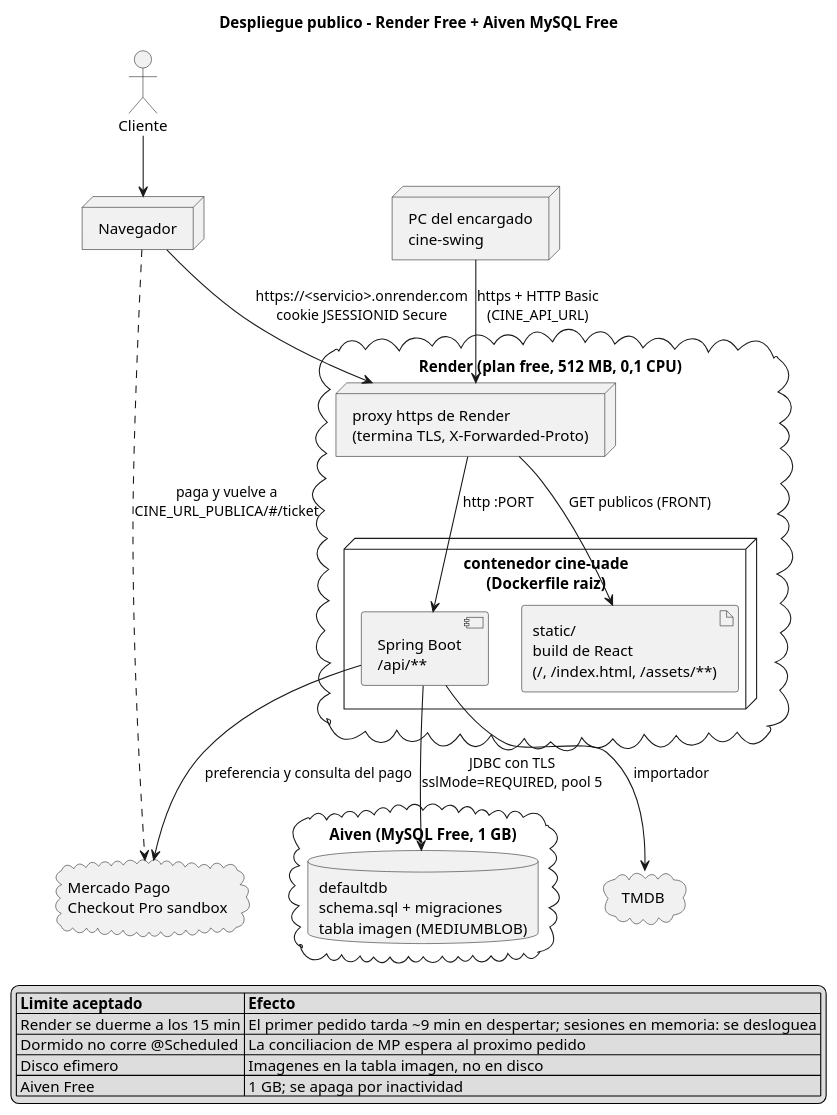
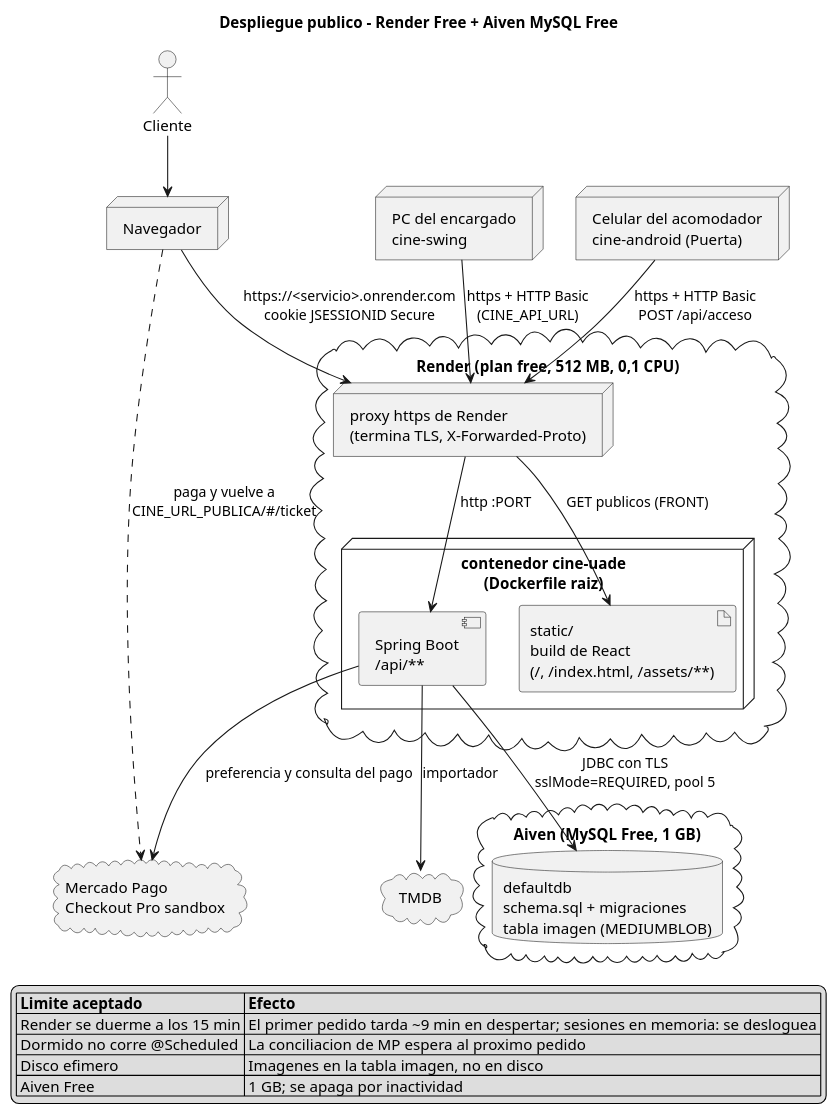
The diagram in _other/docs/diagramas/despliegue-render.puml (andreiveisuade/cine-uade), drawn with PlantUML before and after one commit. The commit also changed 3 other files, not shown here.

Commit message:
docs(diagramas): despliegue con la puerta en android como tercer cliente

```diff
--- a/_other/docs/diagramas/despliegue-render.puml
+++ b/_other/docs/diagramas/despliegue-render.puml
@@ -1,44 +1,46 @@
 @startuml despliegue-render
 title Despliegue publico - Render Free + Aiven MySQL Free
 
 skinparam nodesep 30
 skinparam ranksep 45
 
 actor "Cliente" as cliente
 node "Navegador" as web
 node "PC del encargado\ncine-swing" as swing
+node "Celular del acomodador\ncine-android (Puerta)" as android
 
 cloud "Render (plan free, 512 MB, 0,1 CPU)" {
   node "proxy https de Render\n(termina TLS, X-Forwarded-Proto)" as proxy
   node "contenedor cine-uade\n(Dockerfile raiz)" {
     component "Spring Boot\n/api/**" as api
     artifact "static/\nbuild de React\n(/, /index.html, /assets/**)" as front
   }
 }
 
 cloud "Aiven (MySQL Free, 1 GB)" {
   database "defaultdb\nschema.sql + migraciones\ntabla imagen (MEDIUMBLOB)" as aiven
 }
 
 cloud "Mercado Pago\nCheckout Pro sandbox" as mp
 cloud "TMDB" as tmdb
 
 cliente --> web
 web --> proxy : "https://<servicio>.onrender.com\ncookie JSESSIONID Secure"
 swing --> proxy : "https + HTTP Basic\n(CINE_API_URL)"
+android --> proxy : "https + HTTP Basic\nPOST /api/acceso"
 proxy --> api : "http :PORT"
 proxy --> front : "GET publicos (FRONT)"
 api --> aiven : "JDBC con TLS\nsslMode=REQUIRED, pool 5"
 api --> mp : "preferencia y consulta del pago"
 web ..> mp : "paga y vuelve a\nCINE_URL_PUBLICA/#/ticket"
 api --> tmdb : "importador"
 
 legend bottom
   |= Limite aceptado |= Efecto |
   | Render se duerme a los 15 min | El primer pedido tarda ~9 min en despertar; sesiones en memoria: se desloguea |
   | Dormido no corre @Scheduled | La conciliacion de MP espera al proximo pedido |
   | Disco efimero | Imagenes en la tabla imagen, no en disco |
   | Aiven Free | 1 GB; se apaga por inactividad |
 endlegend
 
 @enduml
```
